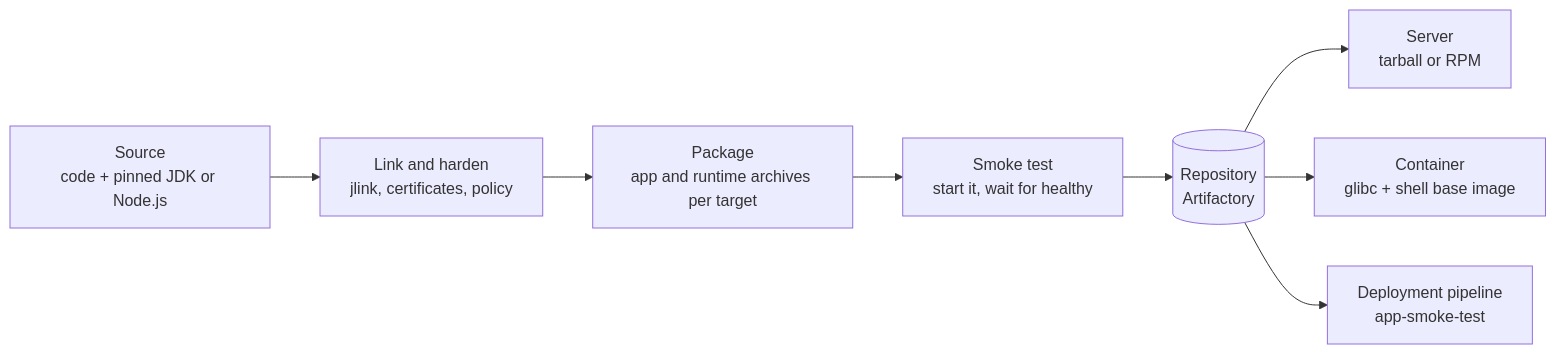
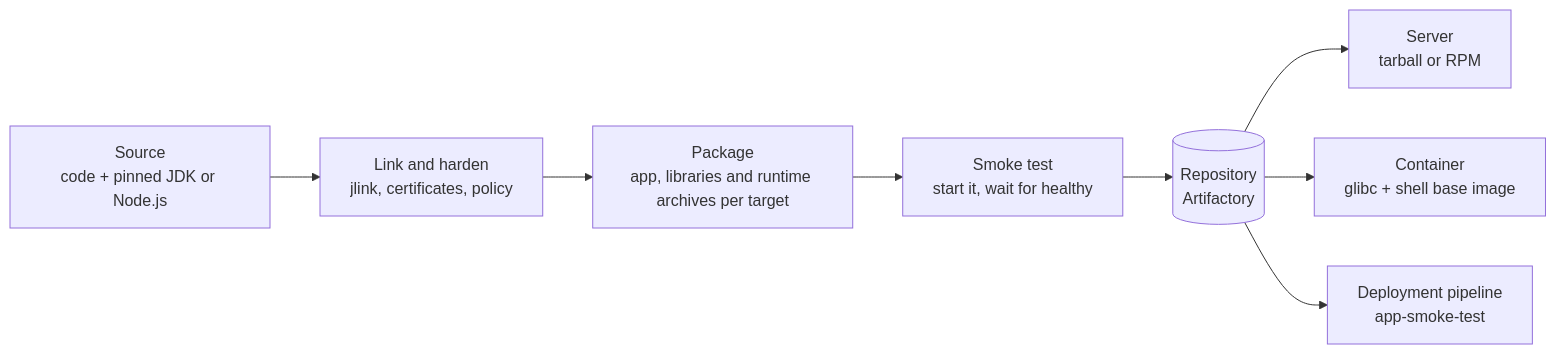
One commit to fiftiesHousewife/embedded-runtime-gradle-plugins changed the second of 2 diagrams in docs/article.md. Above: the diagram before and after it, drawn with Mermaid. The commit also changed other lines of this file and 67 other files, not shown here.

````diff
--- a/docs/article.md
+++ b/docs/article.md
@@ -185,10 +248,10 @@
 ```mermaid
 flowchart LR
     src["Source<br/>code + pinned JDK or Node.js"] --> link["Link and harden<br/>jlink, certificates, policy"]
-    link --> pack["Package<br/>app and runtime archives per target"]
+    link --> pack["Package<br/>app, libraries and runtime archives per target"]
     pack --> smoke["Smoke test<br/>start it, wait for healthy"]
     smoke --> repo[("Repository<br/>Artifactory")]
     repo --> server["Server<br/>tarball or RPM"]
     repo --> container["Container<br/>glibc + shell base image"]
     repo --> pipeline["Deployment pipeline<br/>app-smoke-test"]
 ```
````
